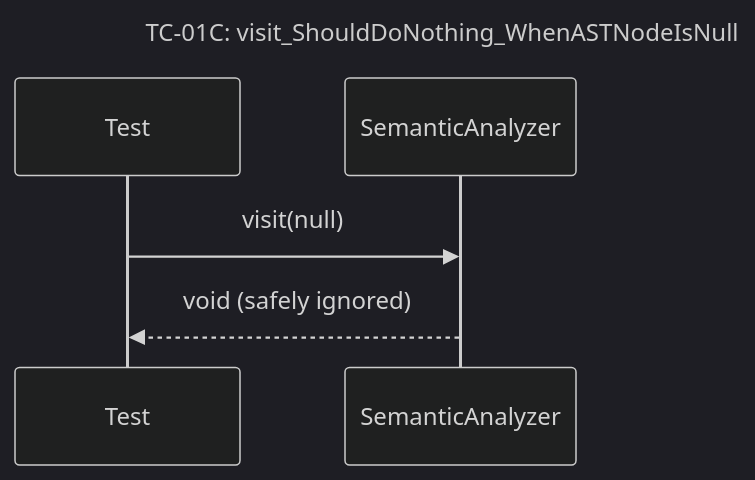
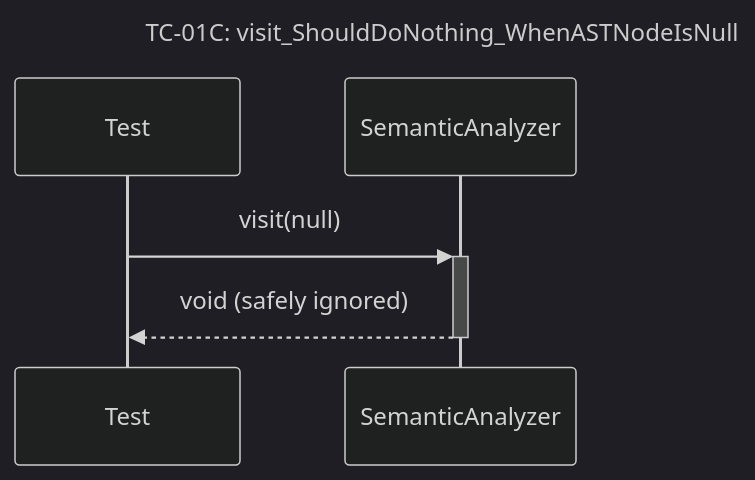
Before and after one commit to Dikhang1112/Database_Management_BBV: the fourth of 30 diagrams in docs/unit_test/query_prossor/SequeceTestCase.md, drawn with Mermaid (dark theme). The commit also changed other lines of this file and 12 other files, not shown here.

Commit message:
Refactor sequece diagram

````diff
--- a/docs/unit_test/query_prossor/SequeceTestCase.md
+++ b/docs/unit_test/query_prossor/SequeceTestCase.md
@@ -64,9 +65,9 @@
 ```mermaid
 sequenceDiagram
     title TC-01C: visit_ShouldDoNothing_WhenASTNodeIsNull
     participant Test
     participant SemanticAnalyzer
 
-    Test->>SemanticAnalyzer: visit(null)
-    SemanticAnalyzer-->>Test: void (safely ignored)
+    Test->>+SemanticAnalyzer: visit(null)
+    SemanticAnalyzer-->>-Test: void (safely ignored)
 ```
````
